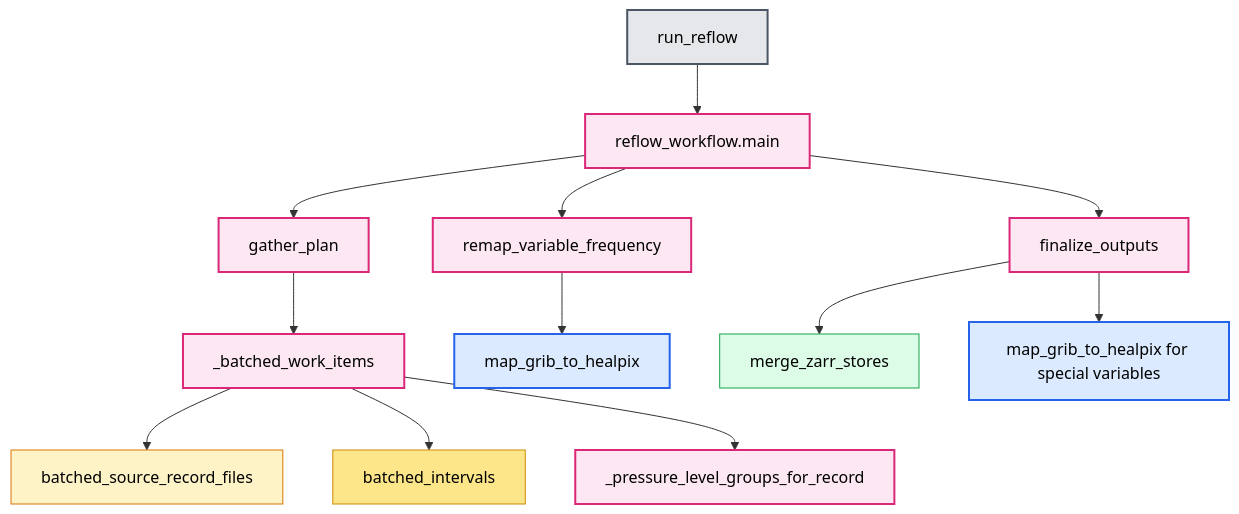
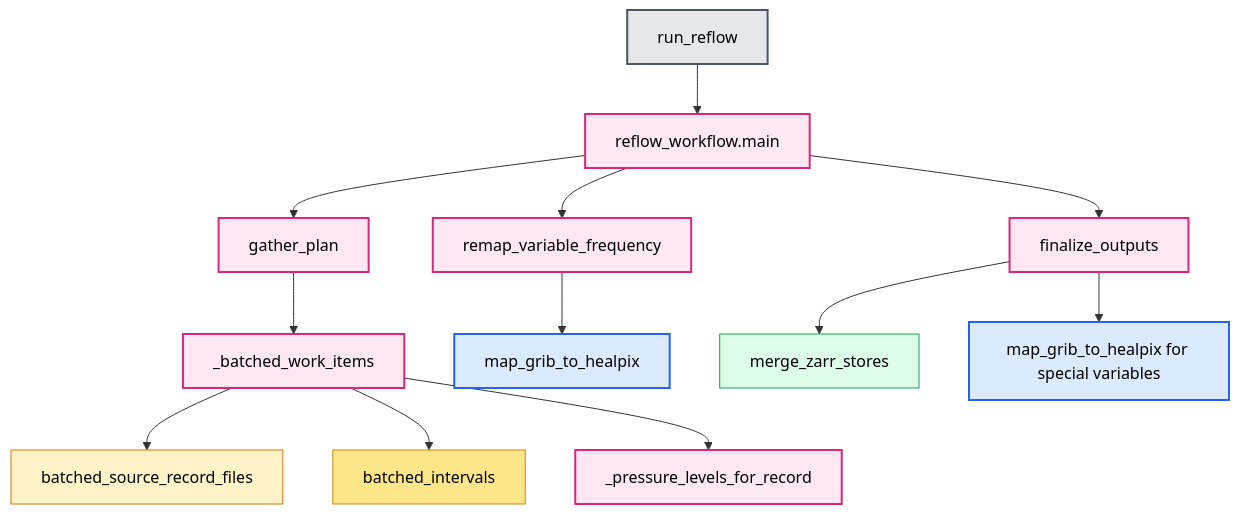
One commit to freva-org/grid-doctor changed the fifth of 11 diagrams in scripts/era5land/FUNCTION_CALL_GRAPH.md. Above: the diagram before and after it, drawn with Mermaid. The commit also changed other lines of this file and 6 other files, not shown here.

First line of the commit message:
feat(remap-reflow): add option to remap certain pressure-levels, add more tests

````diff
--- a/scripts/era5land/FUNCTION_CALL_GRAPH.md
+++ b/scripts/era5land/FUNCTION_CALL_GRAPH.md
@@ -208,21 +208,21 @@
 ```mermaid
 flowchart TD
     REFLOW[run_reflow]:::remapper --> MAIN[reflow_workflow.main]:::reflow_cli
     MAIN --> PLAN[gather_plan]:::reflow_cli
     PLAN --> ITEMS[_batched_work_items]:::reflow_cli
     ITEMS --> FILE_BATCHES[batched_source_record_files]:::file_fetcher
     ITEMS --> TIME_BATCHES[batched_intervals]:::formatter
-    ITEMS --> PRESSURE[_pressure_level_groups_for_record]:::reflow_cli
+    ITEMS --> PRESSURE[_pressure_levels_for_record]:::reflow_cli
     MAIN --> WORK[remap_variable_frequency]:::reflow_cli
     WORK --> HEALPIX[map_grib_to_healpix]:::mapper
     MAIN --> FINAL[finalize_outputs]:::reflow_cli
     FINAL --> MERGE[merge_zarr_stores]:::zarr_publisher
     FINAL --> SPECIAL[map_grib_to_healpix for special variables]:::mapper
 
     classDef remapper fill:#e5e7eb,stroke:#4b5563,color:#000000,stroke-width:2px
     classDef file_fetcher fill:#fef3c7,stroke:#d97706,color:#000000
     classDef formatter fill:#fde68a,stroke:#ca8a04,color:#000000
     classDef mapper fill:#dbeafe,stroke:#2563eb,color:#000000,stroke-width:2px
     classDef zarr_publisher fill:#dcfce7,stroke:#16a34a,color:#000000
     classDef reflow_cli fill:#fce7f3,stroke:#db2777,color:#000000,stroke-width:2px
 ```
````
